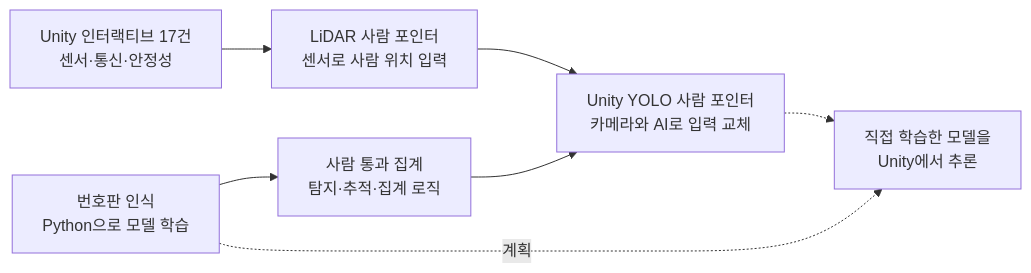
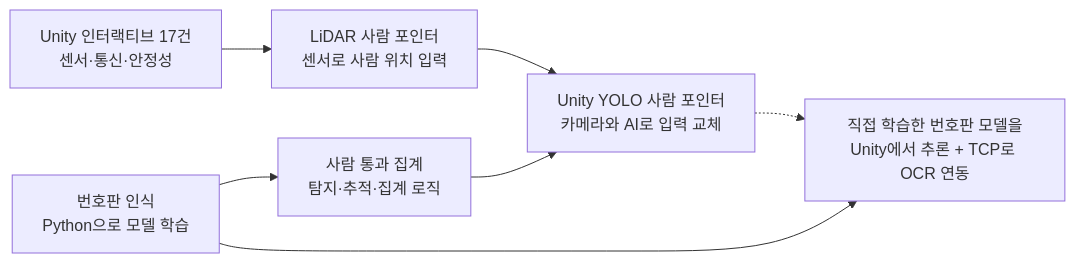
Before and after one commit to jay-7314/unity-interactive-portfolio: the first of 4 diagrams in README.md, drawn with Mermaid. The commit also changed other lines of this file, not shown here.

````diff
--- a/README.md
+++ b/README.md
@@ -22,9 +23,9 @@
 ```mermaid
 flowchart LR
     A[Unity 인터랙티브 17건<br/>센서·통신·안정성] --> B[LiDAR 사람 포인터<br/>센서로 사람 위치 입력]
     B --> C[Unity YOLO 사람 포인터<br/>카메라와 AI로 입력 교체]
     D[번호판 인식<br/>Python으로 모델 학습] --> E[사람 통과 집계<br/>탐지·추적·집계 로직]
     E --> C
-    D -. 계획 .-> F[직접 학습한 모델을<br/>Unity에서 추론]
+    D --> F[직접 학습한 번호판 모델을<br/>Unity에서 추론 + TCP로 OCR 연동]
     C -.-> F
 ```
````
